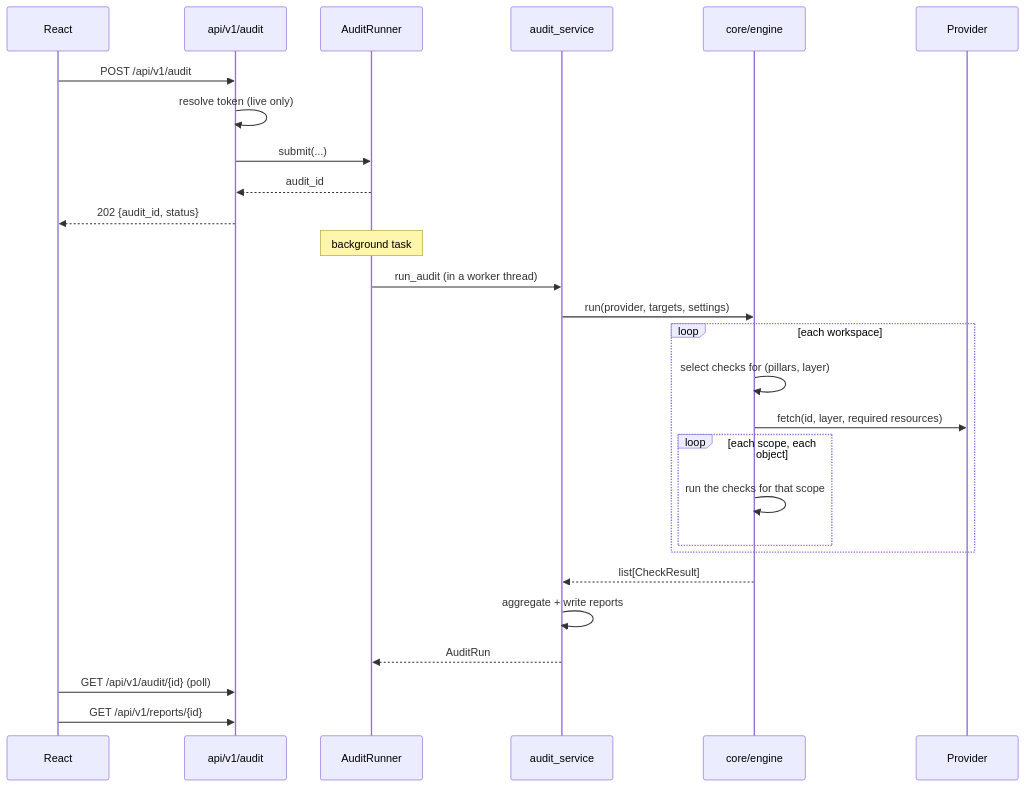
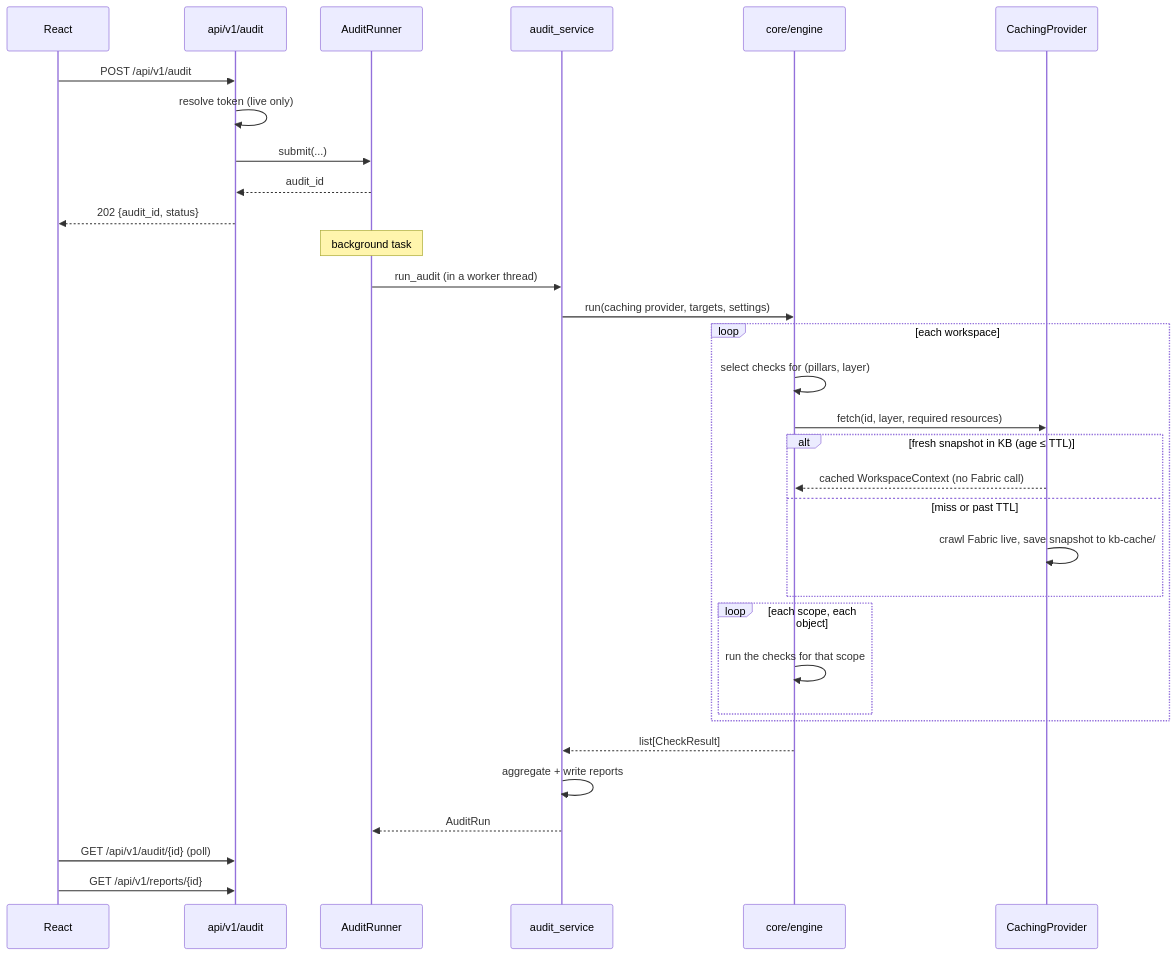
One commit to ridamgupta25/Microsoft-Fabric-Well-Architected-Auditor changed the second of 3 diagrams in docs/architecture.md. Above: the diagram before and after it, drawn with Mermaid. The commit also changed other lines of this file and 50 other files, not shown here.

````diff
--- a/docs/architecture.md
+++ b/docs/architecture.md
@@ -104,30 +108,35 @@
 ```mermaid
 sequenceDiagram
     participant UI as React
     participant API as api/v1/audit
     participant R as AuditRunner
     participant S as audit_service
     participant E as core/engine
-    participant P as Provider
+    participant P as CachingProvider
 
     UI->>API: POST /api/v1/audit
     API->>API: resolve token (live only)
     API->>R: submit(...)
     R-->>API: audit_id
     API-->>UI: 202 {audit_id, status}
     Note over R: background task
     R->>S: run_audit (in a worker thread)
-    S->>E: run(provider, targets, settings)
+    S->>E: run(caching provider, targets, settings)
     loop each workspace
         E->>E: select checks for (pillars, layer)
         E->>P: fetch(id, layer, required resources)
+        alt fresh snapshot in KB (age ≤ TTL)
+            P-->>E: cached WorkspaceContext (no Fabric call)
+        else miss or past TTL
+            P->>P: crawl Fabric live, save snapshot to kb-cache/
+        end
         loop each scope, each object
             E->>E: run the checks for that scope
         end
     end
     E-->>S: list[CheckResult]
     S->>S: aggregate + write reports
     S-->>R: AuditRun
     UI->>API: GET /api/v1/audit/{id} (poll)
     UI->>API: GET /api/v1/reports/{id}
 ```
````
